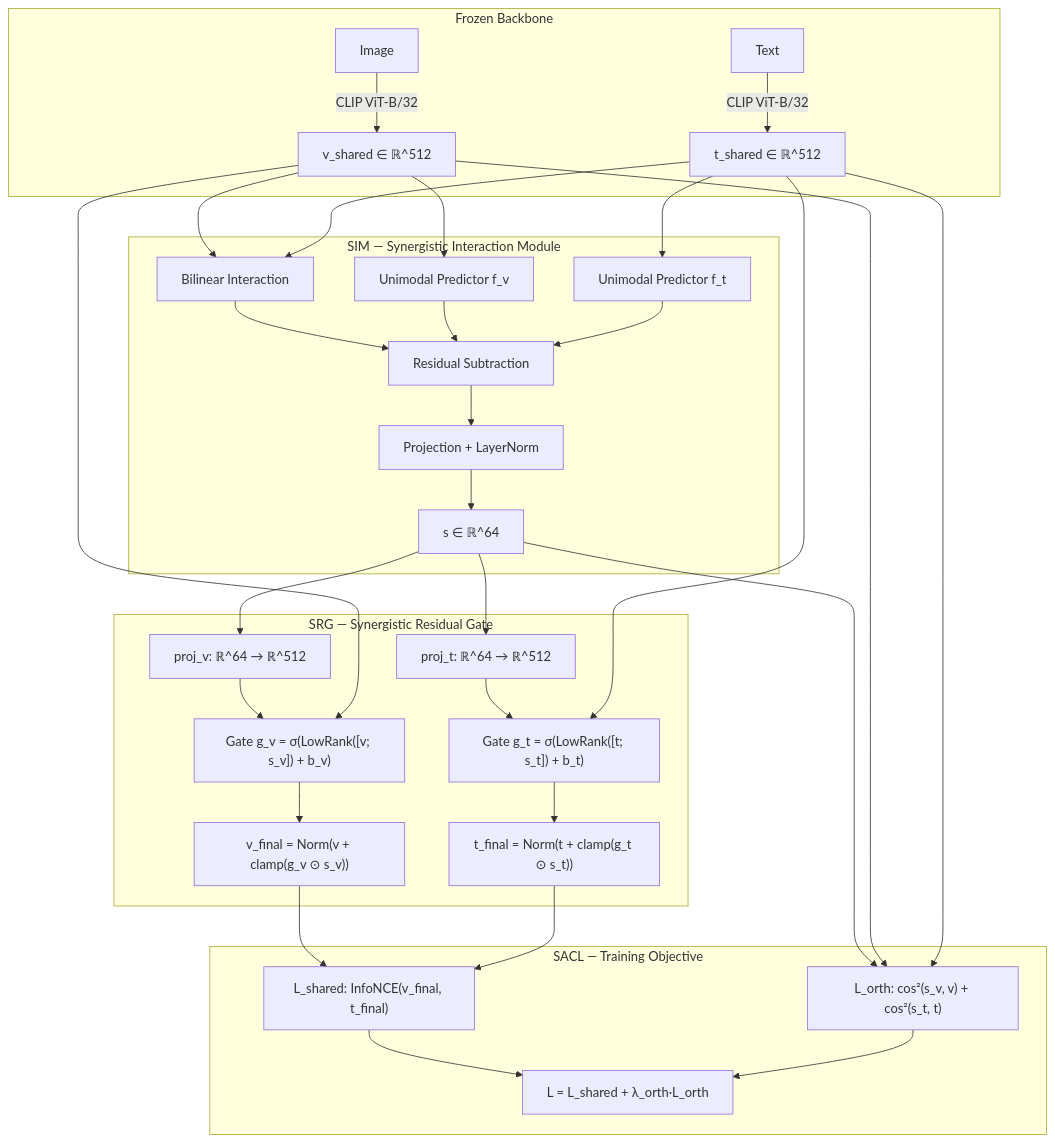
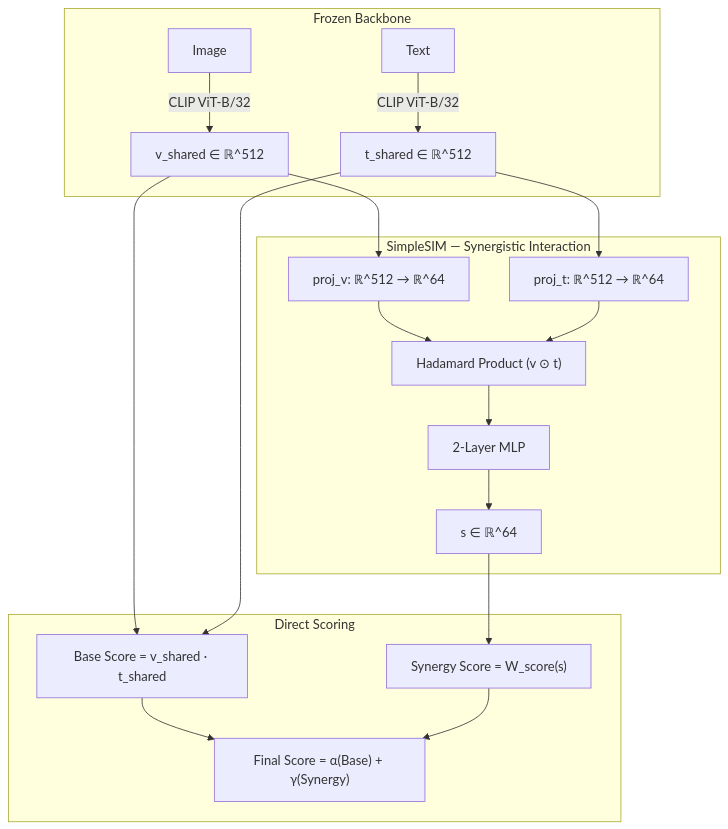
One commit to chisphung/SiRa changed the diagram in README.md. Above: the diagram before and after it, drawn with Mermaid. The commit also changed other lines of this file and 3 other files, not shown here.

````diff
--- a/README.md
+++ b/README.md
@@ -83,40 +60,24 @@
 ```mermaid
 graph TD
     subgraph "Frozen Backbone"
         IMG["Image"] -->|CLIP ViT-B/32| V["v_shared ∈ ℝ^512"]
         TXT["Text"] -->|CLIP ViT-B/32| T["t_shared ∈ ℝ^512"]
     end
 
-    subgraph "SIM — Synergistic Interaction Module"
-        V --> BI["Bilinear Interaction"]
-        T --> BI
-        V --> UV["Unimodal Predictor f_v"]
-        T --> UT["Unimodal Predictor f_t"]
-        BI --> SUB["Residual Subtraction"]
-        UV --> SUB
-        UT --> SUB
-        SUB --> PROJ["Projection + LayerNorm"]
-        PROJ --> S["s ∈ ℝ^64"]
+    subgraph "SimpleSIM — Synergistic Interaction"
+        V --> PV["proj_v: ℝ^512 → ℝ^64"]
+        T --> PT["proj_t: ℝ^512 → ℝ^64"]
+        PV --> HAD["Hadamard Product (v ⊙ t)"]
+        PT --> HAD
+        HAD --> MLP["2-Layer MLP"]
+        MLP --> S["s ∈ ℝ^64"]
     end
 
-    subgraph "SRG — Synergistic Residual Gate"
-        S --> PV["proj_v: ℝ^64 → ℝ^512"]
-        S --> PT["proj_t: ℝ^64 → ℝ^512"]
-        PV --> GV["Gate g_v = σ(LowRank([v; s_v]) + b_v)"]
-        PT --> GT["Gate g_t = σ(LowRank([t; s_t]) + b_t)"]
-        V --> GV
-        T --> GT
-        GV --> FV["v_final = Norm(v + clamp(g_v ⊙ s_v))"]
-        GT --> FT["t_final = Norm(t + clamp(g_t ⊙ s_t))"]
-    end
-
-    subgraph "SACL — Training Objective"
-        FV --> L1["L_shared: InfoNCE(v_final, t_final)"]
-        FT --> L1
-        S --> L2["L_orth: cos²(s_v, v) + cos²(s_t, t)"]
-        V --> L2
-        T --> L2
-        L1 --> TOTAL["L = L_shared + λ_orth·L_orth"]
-        L2 --> TOTAL
+    subgraph "Direct Scoring"
+        S --> SS["Synergy Score = W_score(s)"]
+        V --> DP["Base Score = v_shared · t_shared"]
+        T --> DP
+        DP --> FS["Final Score = α(Base) + γ(Synergy)"]
+        SS --> FS
     end
 ```
````
